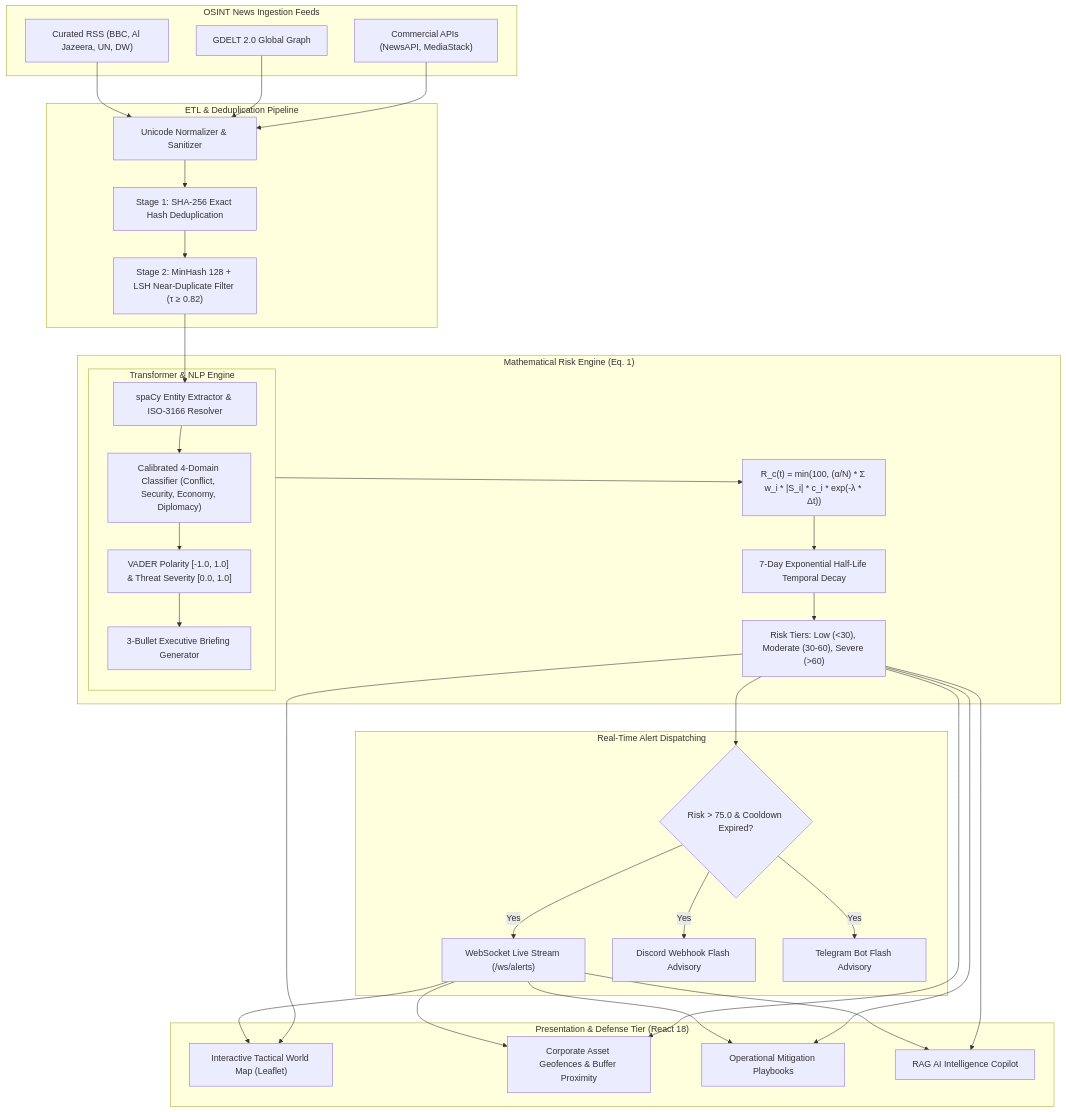
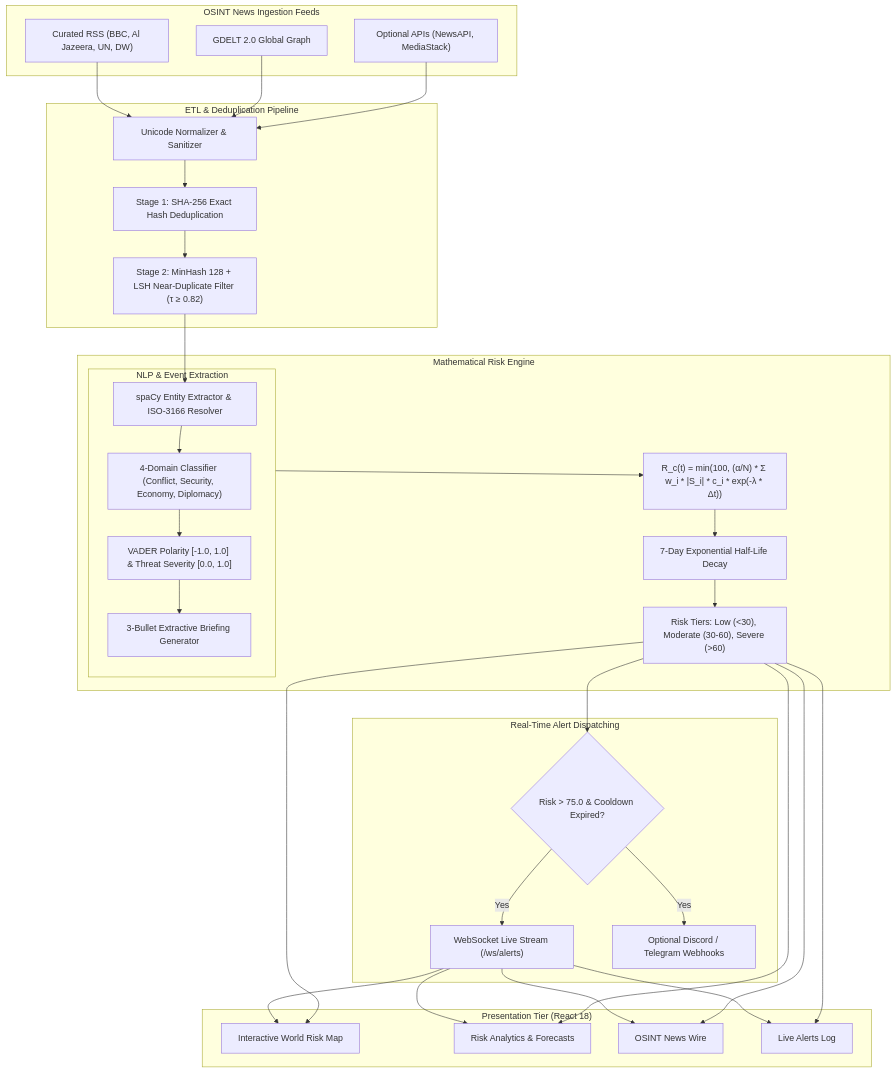
The diagram in README.md (praneeet/geosentinel-ai), drawn with Mermaid before and after one commit. The commit also changed other lines of this file and 52 other files, not shown here.

````diff
--- a/README.md
+++ b/README.md
@@ -70,41 +62,40 @@
 ```mermaid
 flowchart TD
     subgraph Feeds ["OSINT News Ingestion Feeds"]
         F1["Curated RSS (BBC, Al Jazeera, UN, DW)"]
         F2["GDELT 2.0 Global Graph"]
-        F3["Commercial APIs (NewsAPI, MediaStack)"]
+        F3["Optional APIs (NewsAPI, MediaStack)"]
     end
 
     subgraph Ingestion ["ETL & Deduplication Pipeline"]
         F1 & F2 & F3 --> Normalizer["Unicode Normalizer & Sanitizer"]
         Normalizer --> Stage1["Stage 1: SHA-256 Exact Hash Deduplication"]
         Stage1 --> Stage2["Stage 2: MinHash 128 + LSH Near-Duplicate Filter (τ ≥ 0.82)"]
     end
 
-    subgraph NLP ["Transformer & NLP Engine"]
+    subgraph NLP ["NLP & Event Extraction"]
         Stage2 --> NER["spaCy Entity Extractor & ISO-3166 Resolver"]
-        NER --> Classifier["Calibrated 4-Domain Classifier (Conflict, Security, Economy, Diplomacy)"]
+        NER --> Classifier["4-Domain Classifier (Conflict, Security, Economy, Diplomacy)"]
         Classifier --> Sentiment["VADER Polarity [-1.0, 1.0] & Threat Severity [0.0, 1.0]"]
-        Sentiment --> Summarizer["3-Bullet Executive Briefing Generator"]
+        Sentiment --> Summarizer["3-Bullet Extractive Briefing Generator"]
     end
 
-    subgraph Scoring ["Mathematical Risk Engine (Eq. 1)"]
+    subgraph Scoring ["Mathematical Risk Engine"]
         NLP --> Formula["R_c(t) = min(100, (α/N) * Σ w_i * |S_i| * c_i * exp(-λ * Δt))"]
-        Formula --> Decay["7-Day Exponential Half-Life Temporal Decay"]
+        Formula --> Decay["7-Day Exponential Half-Life Decay"]
         Decay --> Tiers["Risk Tiers: Low (<30), Moderate (30-60), Severe (>60)"]
     end
 
     subgraph Dispatch ["Real-Time Alert Dispatching"]
         Tiers --> Threshold{"Risk > 75.0 & Cooldown Expired?"}
         Threshold -- "Yes" --> WS["WebSocket Live Stream (/ws/alerts)"]
-        Threshold -- "Yes" --> Discord["Discord Webhook Flash Advisory"]
-        Threshold -- "Yes" --> Telegram["Telegram Bot Flash Advisory"]
+        Threshold -- "Yes" --> Webhooks["Optional Discord / Telegram Webhooks"]
     end
 
-    subgraph Presentation ["Presentation & Defense Tier (React 18)"]
-        WS & Tiers --> Map["Interactive Tactical World Map (Leaflet)"]
-        WS & Tiers --> Assets["Corporate Asset Geofences & Buffer Proximity"]
-        WS & Tiers --> Playbooks["Operational Mitigation Playbooks"]
-        WS & Tiers --> Copilot["RAG AI Intelligence Copilot"]
+    subgraph Presentation ["Presentation Tier (React 18)"]
+        WS & Tiers --> Map["Interactive World Risk Map"]
+        WS & Tiers --> Analytics["Risk Analytics & Forecasts"]
+        WS & Tiers --> Wire["OSINT News Wire"]
+        WS & Tiers --> Alerts["Live Alerts Log"]
     end
 ```
````
